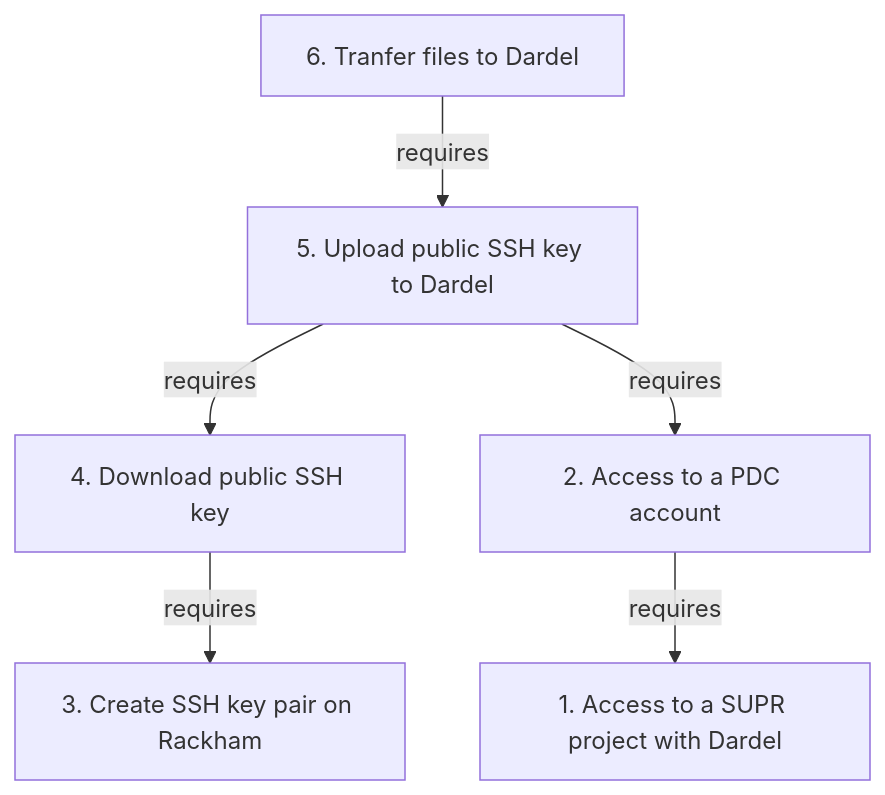
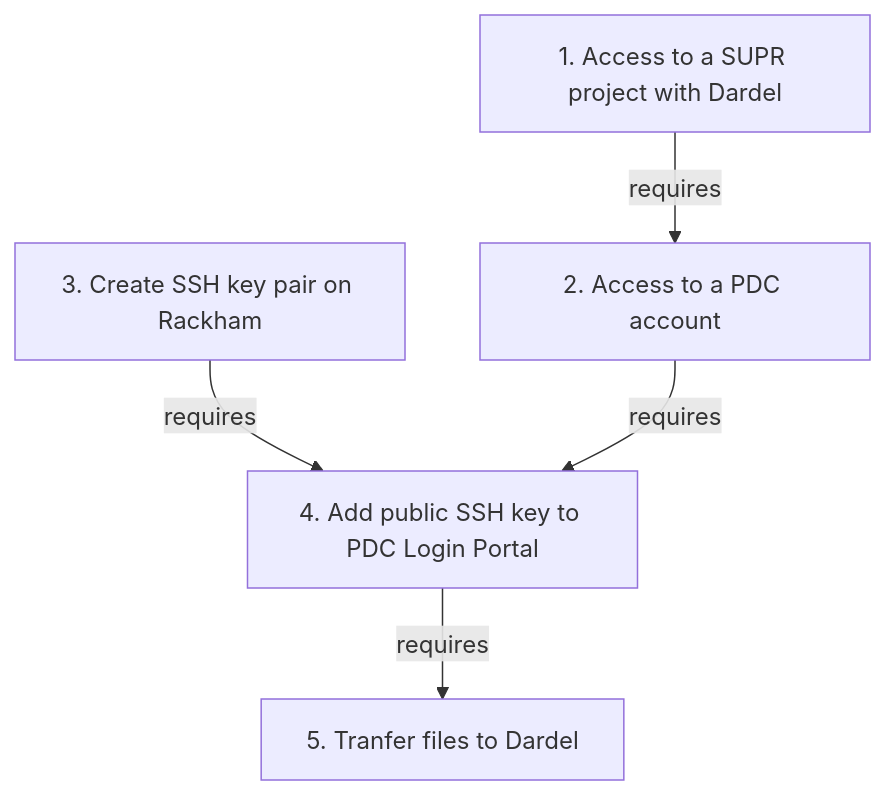
Before and after one commit to UPPMAX/UPPMAX-documentation: the diagram in docs/cluster_guides/transfer_dardel.md, drawn with Mermaid. The commit also changed other lines of this file, not shown here.

````diff
--- a/docs/cluster_guides/transfer_dardel.md
+++ b/docs/cluster_guides/transfer_dardel.md
@@ -23,15 +23,13 @@
 ```mermaid
 flowchart TD
   get_supr_project[1. Access to a SUPR project with Dardel]
   get_pdc_account[2. Access to a PDC account]
   create_ssh_key[3. Create SSH key pair on Rackham]
-  download_ssh_keys[4. Download public SSH key]
-  upload_ssh_key[5. Upload public SSH key to Dardel]
-  transfer_files[6. Tranfer files to Dardel]
+  add_ssh_key[4. Add public SSH key to PDC Login Portal]
+  transfer_files[5. Tranfer files to Dardel]
   
-  get_pdc_account --> |requires| get_supr_project 
-  download_ssh_keys --> |requires| create_ssh_key
-  upload_ssh_key --> |requires| download_ssh_keys
-  upload_ssh_key --> |requires| get_pdc_account
-  transfer_files --> |requires| upload_ssh_key
+  get_supr_project --> |requires| get_pdc_account
+  create_ssh_key --> |requires| add_ssh_key 
+  get_pdc_account --> |requires| add_ssh_key
+  add_ssh_key --> |requires| transfer_files
 ```
````
